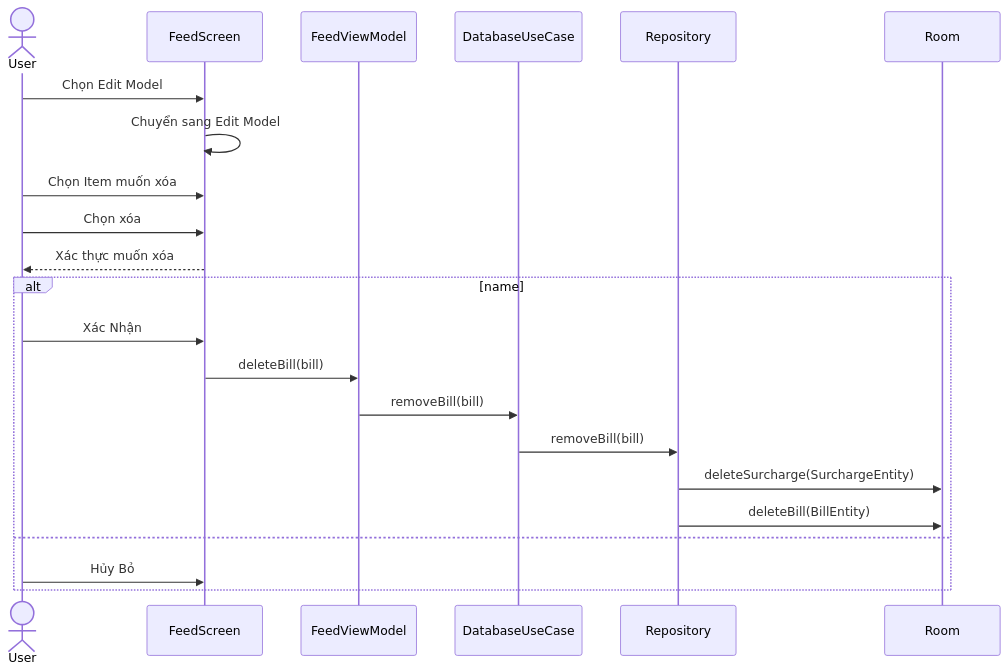
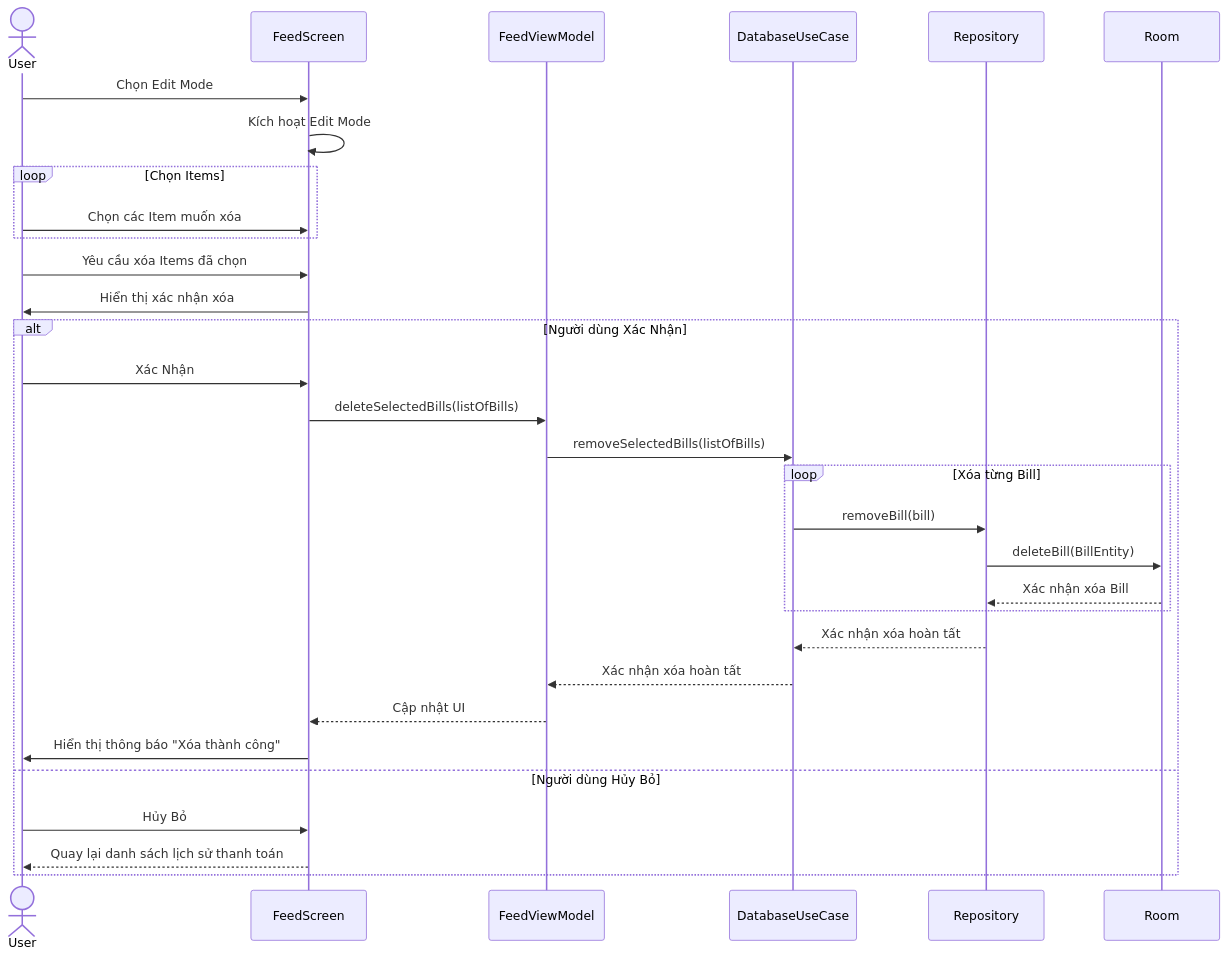
The eighth of 15 diagrams in calculateRent/Docs/software_modeling.md (Katz-Team/CalRent), drawn with Mermaid before and after one commit. The commit also changed 2 other files, not shown here.

Commit message:
Update Diagram

````diff
--- a/calculateRent/Docs/software_modeling.md
+++ b/calculateRent/Docs/software_modeling.md
@@ -402,26 +402,35 @@
 ```mermaid
 sequenceDiagram
     actor User
     participant FeedScreen
     participant FeedViewModel
     participant DatabaseUseCase
     participant Repository
     participant Room
 
-    User ->> FeedScreen: Chọn Edit Model
-    FeedScreen ->> FeedScreen: Chuyển sang Edit Model
-    User ->> FeedScreen: Chọn Item muốn xóa
-    User ->> FeedScreen: Chọn xóa
-    FeedScreen -->> User: Xác thực muốn xóa
+    User ->> FeedScreen: Chọn Edit Mode
+    FeedScreen ->> FeedScreen: Kích hoạt Edit Mode
+    loop Chọn Items
+        User ->> FeedScreen: Chọn các Item muốn xóa
+    end
+    User ->> FeedScreen: Yêu cầu xóa Items đã chọn
+    FeedScreen ->> User: Hiển thị xác nhận xóa
 
-    alt name
+    alt Người dùng Xác Nhận
         User ->> FeedScreen: Xác Nhận
-        FeedScreen ->> FeedViewModel: deleteBill(bill)
-        FeedViewModel ->> DatabaseUseCase: removeBill(bill)
-        DatabaseUseCase ->> Repository: removeBill(bill)
-        Repository ->> Room: deleteSurcharge(SurchargeEntity)
-        Repository ->> Room: deleteBill(BillEntity)
-    else
+        FeedScreen ->> FeedViewModel: deleteSelectedBills(listOfBills)
+        FeedViewModel ->> DatabaseUseCase: removeSelectedBills(listOfBills)
+        loop Xóa từng Bill
+            DatabaseUseCase ->> Repository: removeBill(bill)
+            Repository ->> Room: deleteBill(BillEntity)
+            Room -->> Repository: Xác nhận xóa Bill
+        end
+        Repository -->> DatabaseUseCase: Xác nhận xóa hoàn tất
+        DatabaseUseCase -->> FeedViewModel: Xác nhận xóa hoàn tất
+        FeedViewModel -->> FeedScreen: Cập nhật UI
+        FeedScreen ->> User: Hiển thị thông báo "Xóa thành công"
+    else Người dùng Hủy Bỏ
         User ->> FeedScreen: Hủy Bỏ
+        FeedScreen -->> User: Quay lại danh sách lịch sử thanh toán
     end
 ```
````
